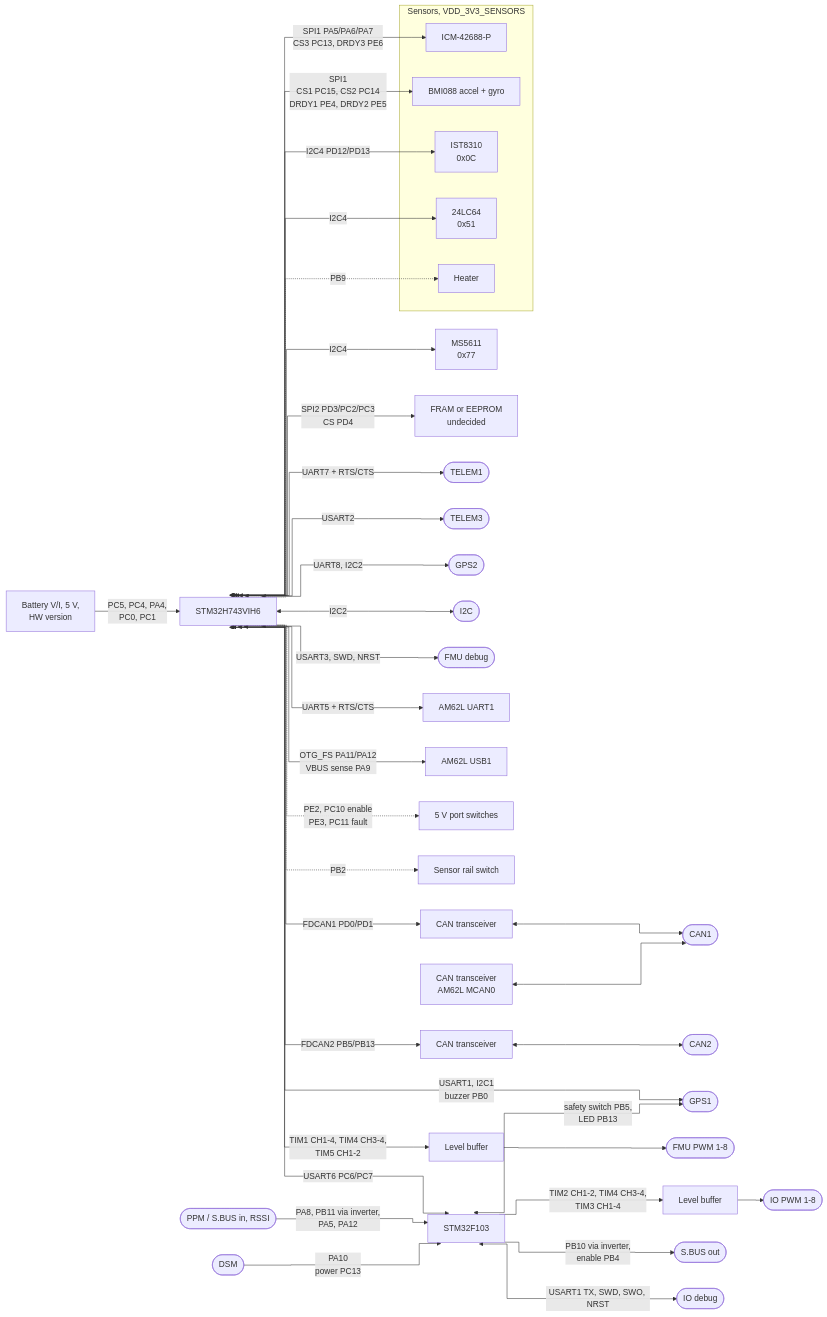
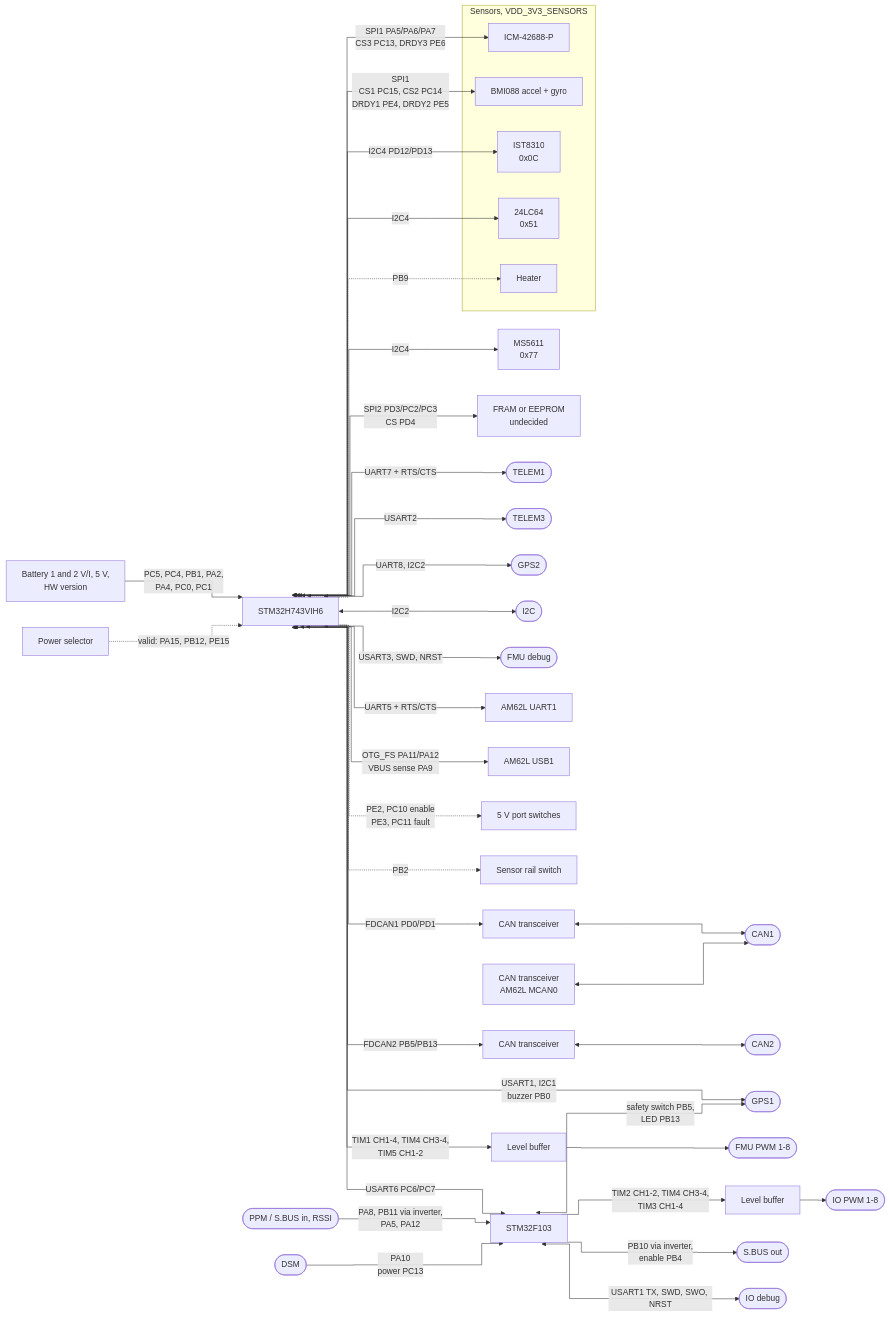
Before and after one commit to JustBrenkman/sora: the second of 4 diagrams in projects/pinion/specs/diagrams/block-diagram.md, drawn with Mermaid. The commit also changed other lines of this file and 7 other files, not shown here.

Commit message:
revised pinouts, schematic todo and added 30.5 x 30.5 moutning holes

````diff
--- a/projects/pinion/specs/diagrams/block-diagram.md
+++ b/projects/pinion/specs/diagrams/block-diagram.md
@@ -59,50 +59,51 @@
 ```mermaid
 %%{init: {"flowchart": {"curve": "step"}}}%%
 flowchart LR
     FMU[STM32H743VIH6]
 
     subgraph IMU[Sensors, VDD_3V3_SENSORS]
         ICM[ICM-42688-P]
         BMI[BMI088 accel + gyro]
         MAG[IST8310<br/>0x0C]
         CAL[24LC64<br/>0x51]
         HTR[Heater]
     end
     BARO[MS5611<br/>0x77]
     NVM[FRAM or EEPROM<br/>undecided]
 
     FMU <-->|SPI1 PA5/PA6/PA7<br/>CS3 PC13, DRDY3 PE6| ICM
     FMU <-->|SPI1<br/>CS1 PC15, CS2 PC14<br/>DRDY1 PE4, DRDY2 PE5| BMI
     FMU <-->|I2C4 PD12/PD13| MAG
     FMU <-->|I2C4| CAL
     FMU <-->|I2C4| BARO
     FMU -.->|PB9| HTR
     FMU <-->|SPI2 PD3/PC2/PC3<br/>CS PD4| NVM
 
     FMU <-->|FDCAN1 PD0/PD1| X1[CAN transceiver] <--> CAN1([CAN1])
     FMU <-->|FDCAN2 PB5/PB13| X2[CAN transceiver] <--> CAN2([CAN2])
     SOCX[CAN transceiver<br/>AM62L MCAN0] <--> CAN1
 
     FMU <-->|UART7 + RTS/CTS| T1([TELEM1])
     FMU <-->|USART2| T3([TELEM3])
     FMU <-->|USART1, I2C1<br/>buzzer PB0| G1([GPS1])
     FMU <-->|UART8, I2C2| G2([GPS2])
     FMU <-->|I2C2| I2C([I2C])
     FMU <-->|USART3, SWD, NRST| DBG([FMU debug])
     FMU -->|TIM1 CH1-4, TIM4 CH3-4,<br/>TIM5 CH1-2| BUF1[Level buffer] --> AUX([FMU PWM 1-8])
 
     FMU <-->|UART5 + RTS/CTS| SOC[AM62L UART1]
     FMU <-->|OTG_FS PA11/PA12<br/>VBUS sense PA9| SOCU[AM62L USB1]
 
     FMU <-->|USART6 PC6/PC7| IO[STM32F103]
     IO -->|TIM2 CH1-2, TIM4 CH3-4,<br/>TIM3 CH1-4| BUF2[Level buffer] --> MAIN([IO PWM 1-8])
     RCIN([PPM / S.BUS in, RSSI]) -->|PA8, PB11 via inverter,<br/>PA5, PA12| IO
     IO -->|PB10 via inverter,<br/>enable PB4| SBO([S.BUS out])
     DSM([DSM]) -->|PA10<br/>power PC13| IO
     IO <-->|safety switch PB5,<br/>LED PB13| G1
     IO <-->|USART1 TX, SWD, SWO, NRST| IODBG([IO debug])
 
-    ADC[Battery V/I, 5 V,<br/>HW version] -->|PC5, PC4, PA4,<br/>PC0, PC1| FMU
+    ADC[Battery 1 and 2 V/I, 5 V,<br/>HW version] -->|PC5, PC4, PB1, PA2,<br/>PA4, PC0, PC1| FMU
+    SEL[Power selector] -.->|valid: PA15, PB12, PE15| FMU
     FMU -.->|PE2, PC10 enable<br/>PE3, PC11 fault| SW[5 V port switches]
     FMU -.->|PB2| SSW[Sensor rail switch]
 ```
````
